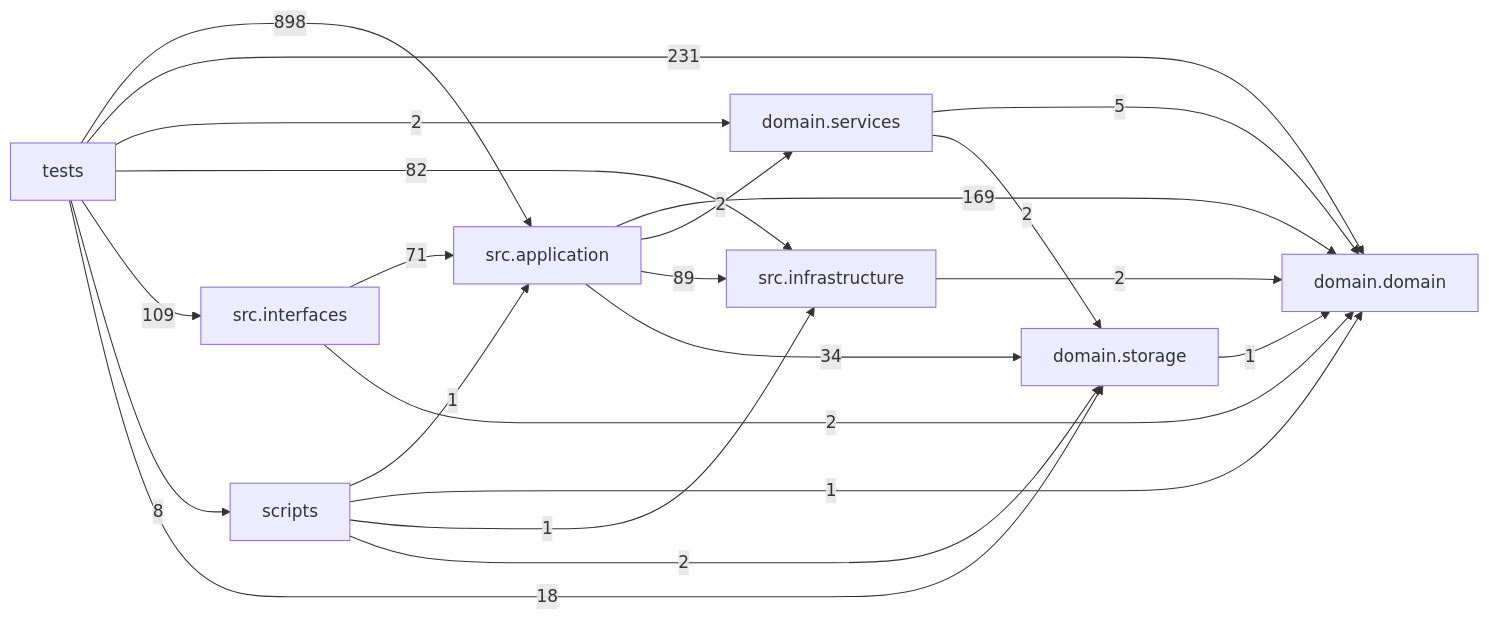
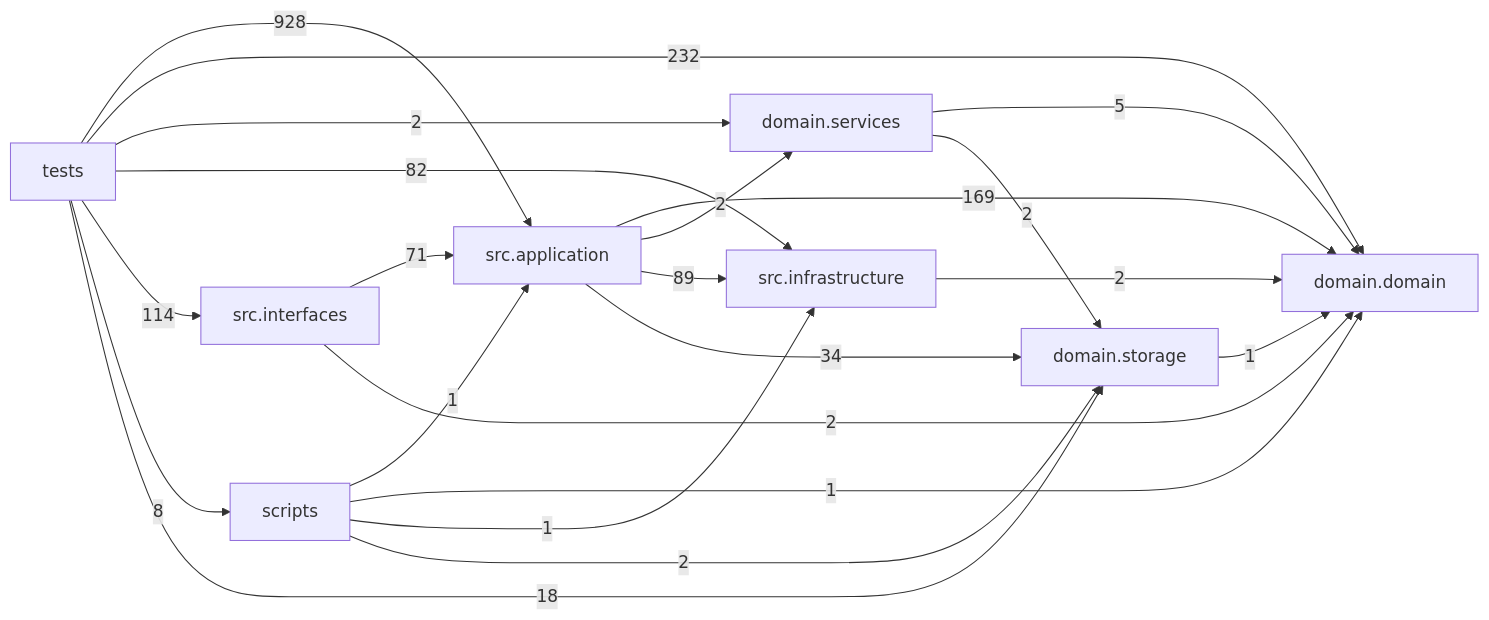
Before and after one commit to liuxie066/options-monitor: the diagram in docs/DEPENDENCY_GRAPH.md, drawn with Mermaid. The commit also changed other lines of this file and 36 other files, not shown here.

````diff
--- a/docs/DEPENDENCY_GRAPH.md
+++ b/docs/DEPENDENCY_GRAPH.md
@@ -24,32 +24,32 @@
 ```mermaid
 flowchart LR
   tests["tests"]
   scripts["scripts"]
   interfaces["src.interfaces"]
   application["src.application"]
   infrastructure["src.infrastructure"]
   domain_services["domain.services"]
   domain["domain.domain"]
   storage["domain.storage"]
   application -->|169| domain
   application -->|2| domain_services
   application -->|89| infrastructure
   application -->|34| storage
   domain_services -->|5| domain
   domain_services -->|2| storage
   infrastructure -->|2| domain
   interfaces -->|71| application
   interfaces -->|2| domain
   scripts -->|1| application
   scripts -->|1| domain
   scripts -->|1| infrastructure
   scripts -->|2| storage
   storage -->|1| domain
-  tests -->|898| application
-  tests -->|231| domain
+  tests -->|928| application
+  tests -->|232| domain
   tests -->|2| domain_services
   tests -->|82| infrastructure
-  tests -->|109| interfaces
+  tests -->|114| interfaces
   tests -->|8| scripts
   tests -->|18| storage
 ```
````
